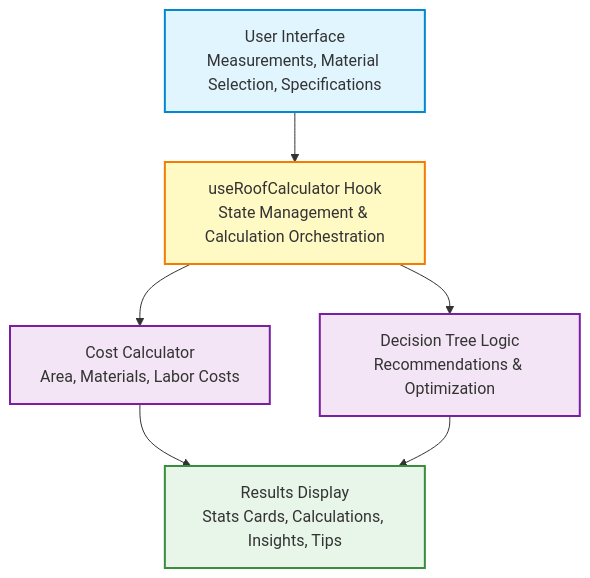
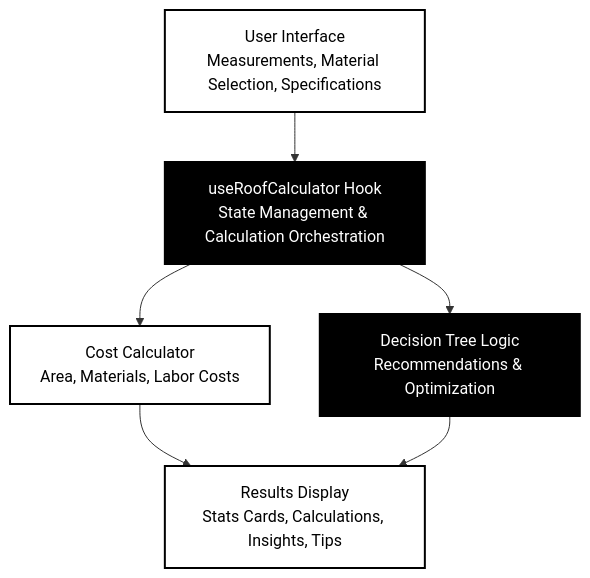
One commit to Justin322322/roofcal changed the diagram in ROOF_ESTIMATOR_DOCUMENTATION.md. Above: the diagram before and after it, drawn with Mermaid.

Commit message:
update roofcalculation docs

````diff
--- a/ROOF_ESTIMATOR_DOCUMENTATION.md
+++ b/ROOF_ESTIMATOR_DOCUMENTATION.md
@@ -34,14 +34,14 @@
 ```mermaid
 flowchart TD
     A[User Interface<br/>Measurements, Material Selection, Specifications] --> B[useRoofCalculator Hook<br/>State Management & Calculation Orchestration]
     B --> C[Cost Calculator<br/>Area, Materials, Labor Costs]
     B --> D[Decision Tree Logic<br/>Recommendations & Optimization]
     C --> E[Results Display<br/>Stats Cards, Calculations, Insights, Tips]
     D --> E
 
-    style A fill:#e1f5ff,stroke:#0288d1,stroke-width:2px
-    style B fill:#fff9c4,stroke:#f57c00,stroke-width:2px
-    style C fill:#f3e5f5,stroke:#7b1fa2,stroke-width:2px
-    style D fill:#f3e5f5,stroke:#7b1fa2,stroke-width:2px
-    style E fill:#e8f5e9,stroke:#388e3c,stroke-width:2px
+    style A fill:#fff,stroke:#000,stroke-width:2px,color:#000
+    style B fill:#000,stroke:#000,stroke-width:2px,color:#fff
+    style C fill:#fff,stroke:#000,stroke-width:2px,color:#000
+    style D fill:#000,stroke:#000,stroke-width:2px,color:#fff
+    style E fill:#fff,stroke:#000,stroke-width:2px,color:#000
 ```
````
